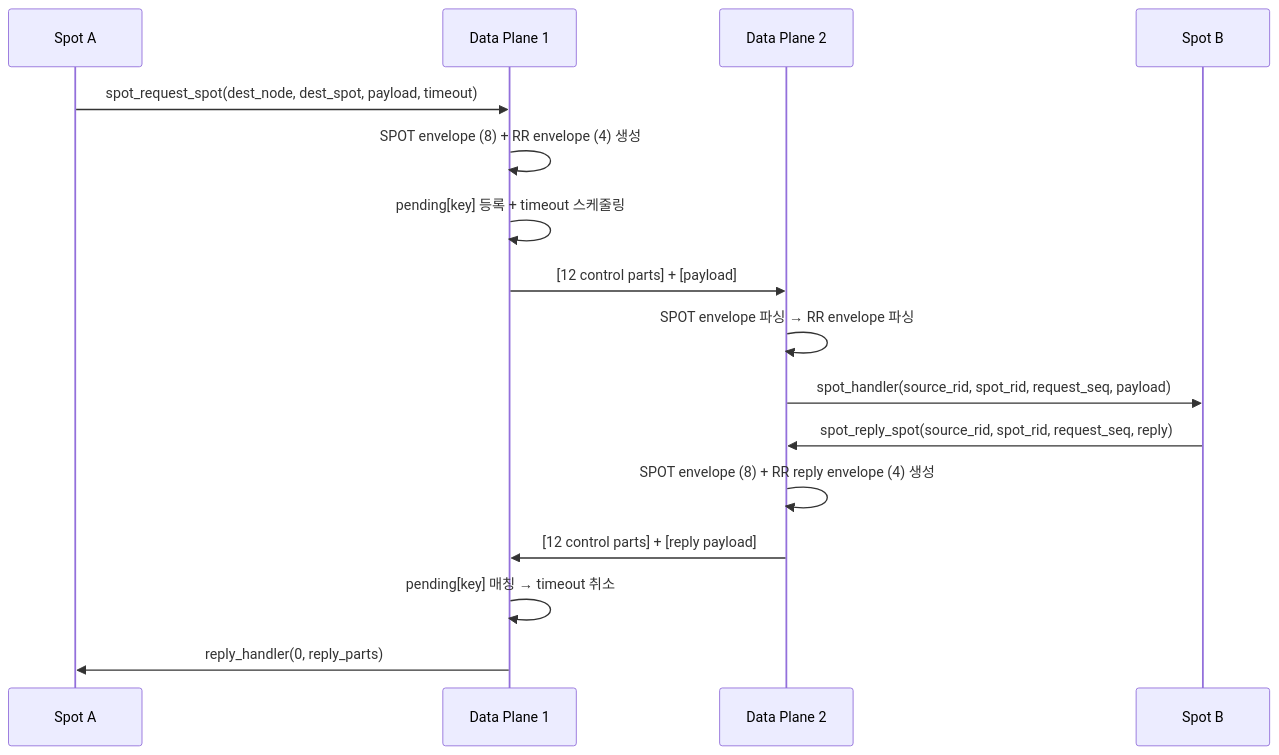
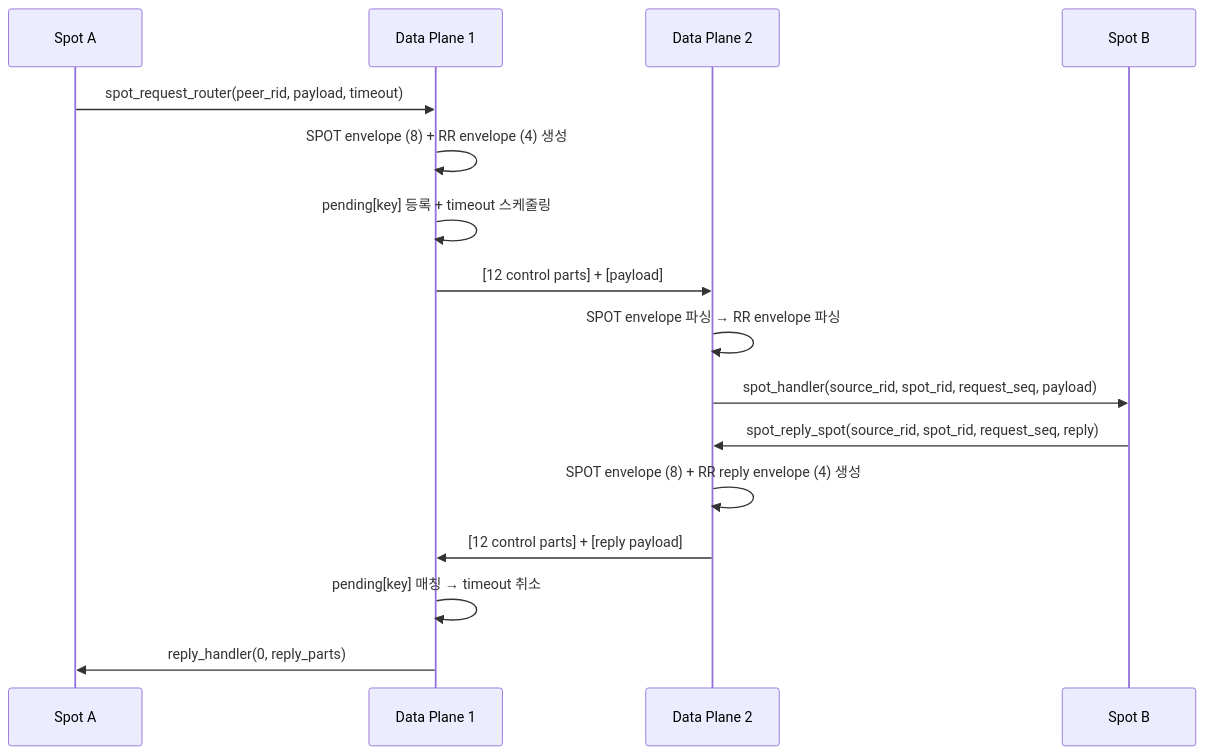
The fourth of 5 diagrams in doc/internals/protocol-zmp.ko.md (kairos-code-dev/zlink), drawn with Mermaid before and after one commit. The commit also changed other lines of this file and 308 other files, not shown here.

````diff
--- a/doc/internals/protocol-zmp.ko.md
+++ b/doc/internals/protocol-zmp.ko.md
@@ -208,19 +208,19 @@
 ```mermaid
 sequenceDiagram
     participant SA as Spot A
     participant DP1 as Data Plane 1
     participant DP2 as Data Plane 2
     participant SB as Spot B
 
-    SA->>DP1: spot_request_spot(dest_node, dest_spot, payload, timeout)
+    SA->>DP1: spot_request_router(peer_rid, payload, timeout)
     DP1->>DP1: SPOT envelope (8) + RR envelope (4) 생성
     DP1->>DP1: pending[key] 등록 + timeout 스케줄링
     DP1->>DP2: [12 control parts] + [payload]
     DP2->>DP2: SPOT envelope 파싱 → RR envelope 파싱
     DP2->>SB: spot_handler(source_rid, spot_rid, request_seq, payload)
     SB->>DP2: spot_reply_spot(source_rid, spot_rid, request_seq, reply)
     DP2->>DP2: SPOT envelope (8) + RR reply envelope (4) 생성
     DP2->>DP1: [12 control parts] + [reply payload]
     DP1->>DP1: pending[key] 매칭 → timeout 취소
     DP1->>SA: reply_handler(0, reply_parts)
 ```
````
